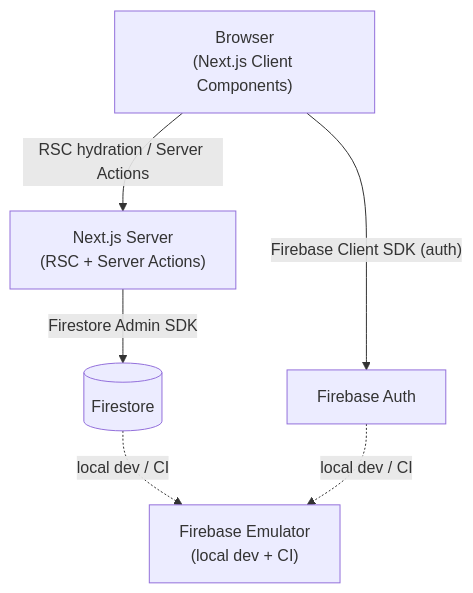
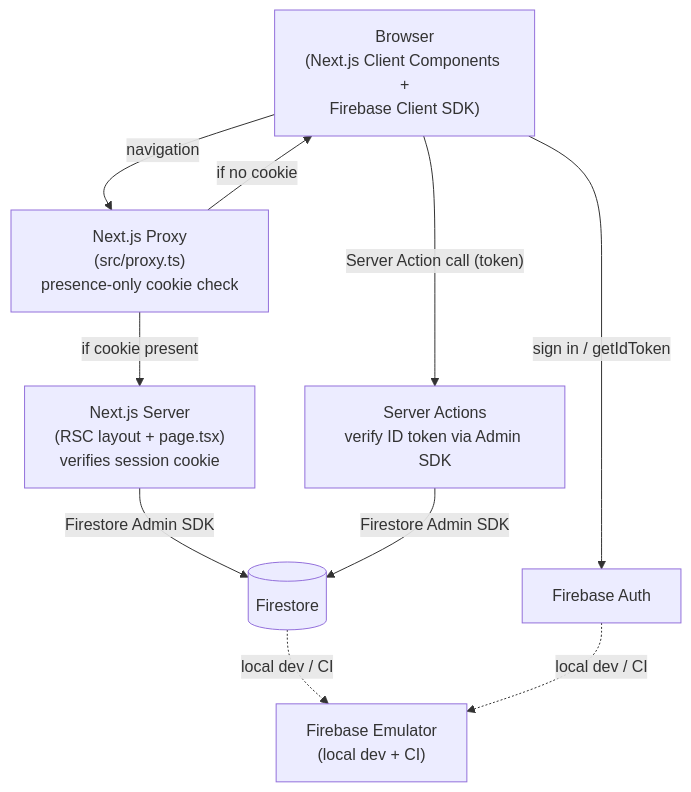
Before and after one commit to michikono/poker-ledger: the diagram in docs/03-architecture.md, drawn with Mermaid. The commit also changed other lines of this file and 15 other files, not shown here.

First line of the commit message:
docs: comprehensive architecture and implementation review (#12)

````diff
--- a/docs/03-architecture.md
+++ b/docs/03-architecture.md
@@ -35,14 +37,20 @@
 ```mermaid
 graph TD
-    Browser["Browser\n(Next.js Client Components)"]
-    RSC["Next.js Server\n(RSC + Server Actions)"]
+    Browser["Browser\n(Next.js Client Components +\nFirebase Client SDK)"]
+    Proxy["Next.js Proxy\n(src/proxy.ts)\npresence-only cookie check"]
+    RSC["Next.js Server\n(RSC layout + page.tsx)\nverifies session cookie"]
+    Actions["Server Actions\nverify ID token via Admin SDK"]
     Firestore[("Firestore")]
     FirebaseAuth["Firebase Auth"]
     Emulator["Firebase Emulator\n(local dev + CI)"]
 
-    Browser -- "RSC hydration / Server Actions" --> RSC
+    Browser -- "navigation" --> Proxy
+    Proxy -- "if cookie present" --> RSC
+    Proxy -- "if no cookie" --> Browser
     RSC -- "Firestore Admin SDK" --> Firestore
-    Browser -- "Firebase Client SDK (auth)" --> FirebaseAuth
+    Browser -- "Server Action call (token)" --> Actions
+    Actions -- "Firestore Admin SDK" --> Firestore
+    Browser -- "sign in / getIdToken" --> FirebaseAuth
     Firestore -. "local dev / CI" .-> Emulator
     FirebaseAuth -. "local dev / CI" .-> Emulator
 ```
````
